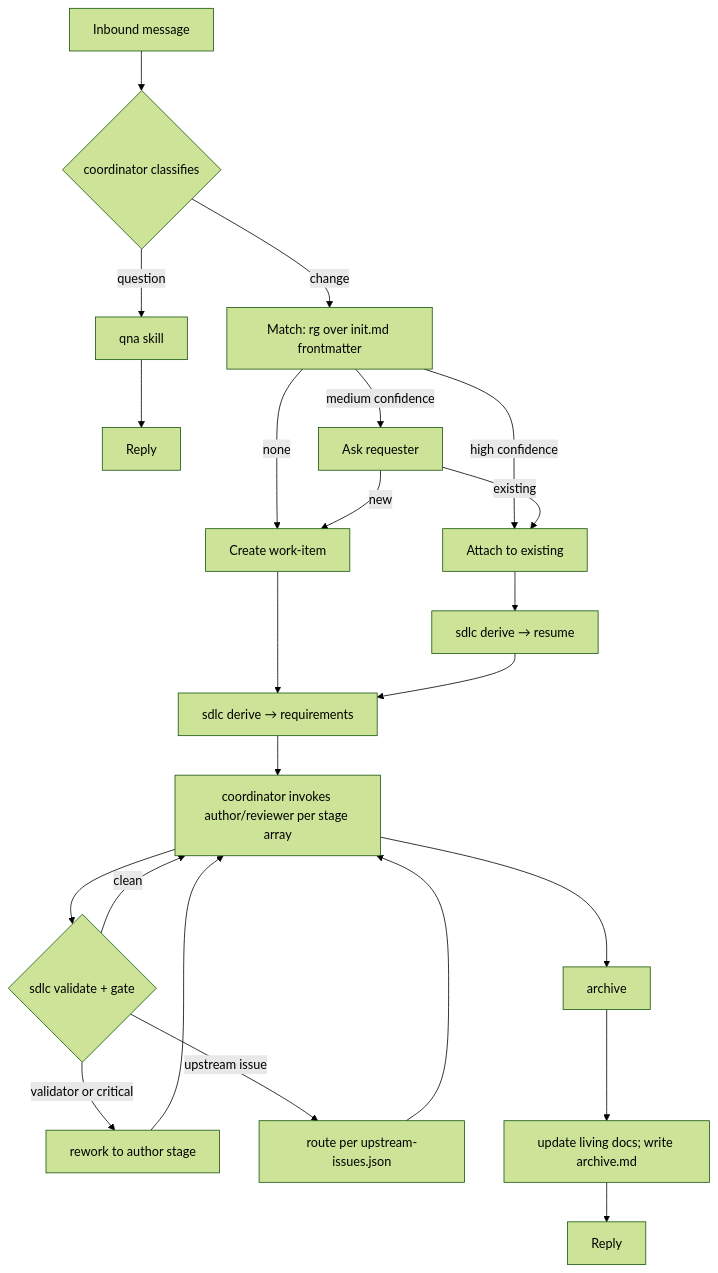
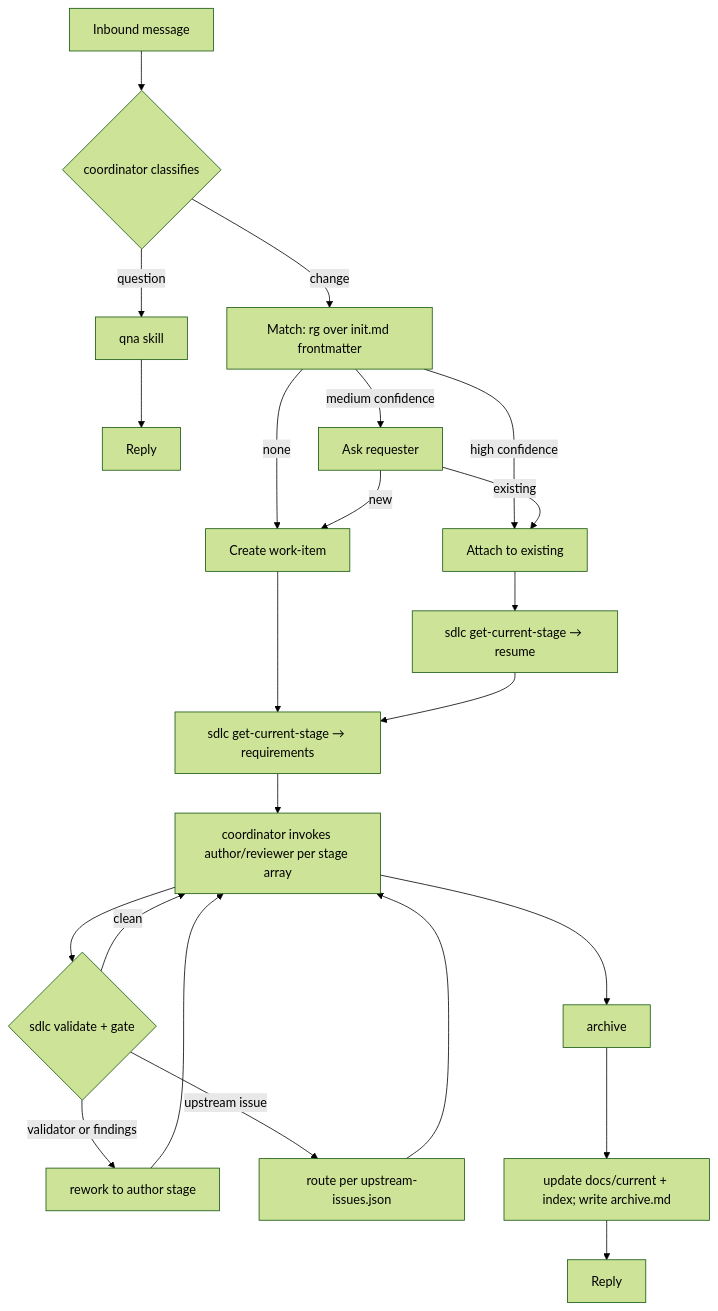
Before and after one commit to metagres/agentic: the diagram in docs/current/start-document.md, drawn with Mermaid (forest theme). The commit also changed other lines of this file, not shown here.

````diff
--- a/docs/current/start-document.md
+++ b/docs/current/start-document.md
@@ -98,25 +114,25 @@
 ```mermaid
 flowchart TD
     A[Inbound message] --> B{coordinator classifies}
     B -->|question| C[qna skill]
     C --> Z[Reply]
     B -->|change| D[Match: rg over init.md frontmatter]
     D -->|high confidence| E[Attach to existing]
     D -->|medium confidence| F[Ask requester]
     D -->|none| G[Create work-item]
     F -->|existing| E
     F -->|new| G
-    E --> H[sdlc derive → resume]
-    G --> I[sdlc derive → requirements]
+    E --> H[sdlc get-current-stage → resume]
+    G --> I[sdlc get-current-stage → requirements]
     H --> I
     I --> J[coordinator invokes author/reviewer per stage array]
     J --> K{sdlc validate + gate}
-    K -->|validator or critical| L[rework to author stage]
+    K -->|validator or findings| L[rework to author stage]
     K -->|upstream issue| M[route per upstream-issues.json]
     K -->|clean| J
     L --> J
     M --> J
     J --> N[archive]
-    N --> O[update living docs; write archive.md]
+    N --> O[update docs/current + index; write archive.md]
     O --> Z2[Reply]
 ```
````
